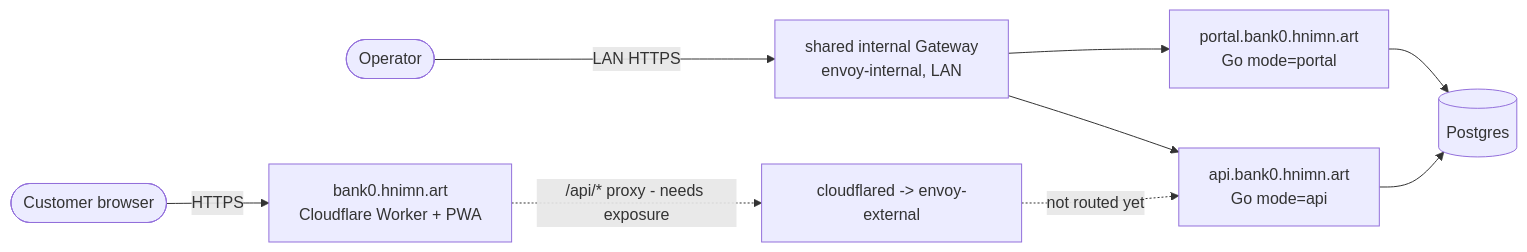
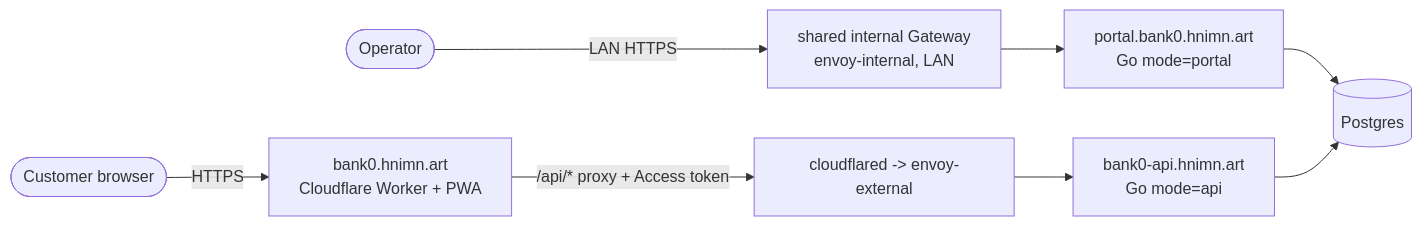
One commit to minhtt159/bank0 changed the first of 3 diagrams in docs/04-deployment.md. Above: the diagram before and after it, drawn with Mermaid. The commit also changed other lines of this file and 11 other files, not shown here.

````diff
--- a/docs/04-deployment.md
+++ b/docs/04-deployment.md
@@ -37,11 +42,10 @@
 ```mermaid
 graph LR
     Op([Operator]) -->|LAN HTTPS| GWi["shared internal Gateway<br/>envoy-internal, LAN"]
     Cust([Customer browser]) -->|HTTPS| CFW["bank0.hnimn.art<br/>Cloudflare Worker + PWA"]
-    CFW -.->|"/api/* proxy - needs exposure"| GWx["cloudflared -> envoy-external"]
-    GWx -.not routed yet.-> API
+    CFW -->|"/api/* proxy + Access token"| GWx["cloudflared -> envoy-external"]
     GWi --> Portal["portal.bank0.hnimn.art<br/>Go mode=portal"]
-    GWi --> API["api.bank0.hnimn.art<br/>Go mode=api"]
+    GWx --> API["bank0-api.hnimn.art<br/>Go mode=api"]
     Portal --> PG[(Postgres)]
     API --> PG
 ```
````
